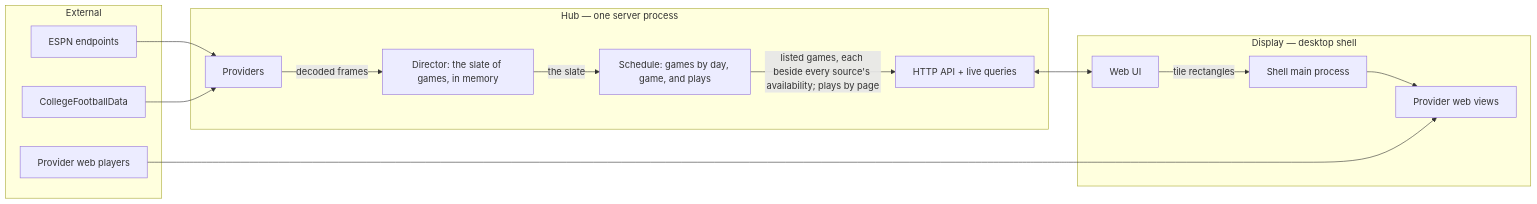
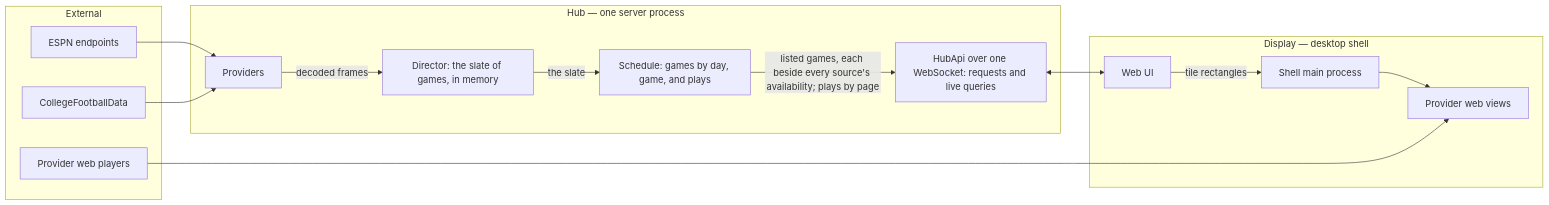
Before and after one commit to Chazzychouse/sportal: the diagram in docs/technical-spec.md, drawn with Mermaid. The commit also changed other lines of this file and 6 other files, not shown here.

````diff
--- a/docs/technical-spec.md
+++ b/docs/technical-spec.md
@@ -55,30 +55,30 @@
 ```mermaid
 flowchart LR
   subgraph ext[External]
     espn[ESPN endpoints]
     cfbd[CollegeFootballData]
     yttv[Provider web players]
   end
 
   subgraph hub[Hub — one server process]
     prov[Providers]
     director[Director: the slate of games, in memory]
     schedule[Schedule: games by day, game, and plays]
-    api[HTTP API + live queries]
+    api[HubApi over one WebSocket: requests and live queries]
   end
 
   subgraph display[Display — desktop shell]
     ui1[Web UI]
     main[Shell main process]
     views[Provider web views]
   end
 
   espn --> prov
   cfbd --> prov
   prov -- decoded frames --> director
   director -- the slate --> schedule
   schedule -- listed games, each beside every source's availability; plays by page --> api
   api <--> ui1
   ui1 -- tile rectangles --> main --> views
   yttv --> views
 ```
````
